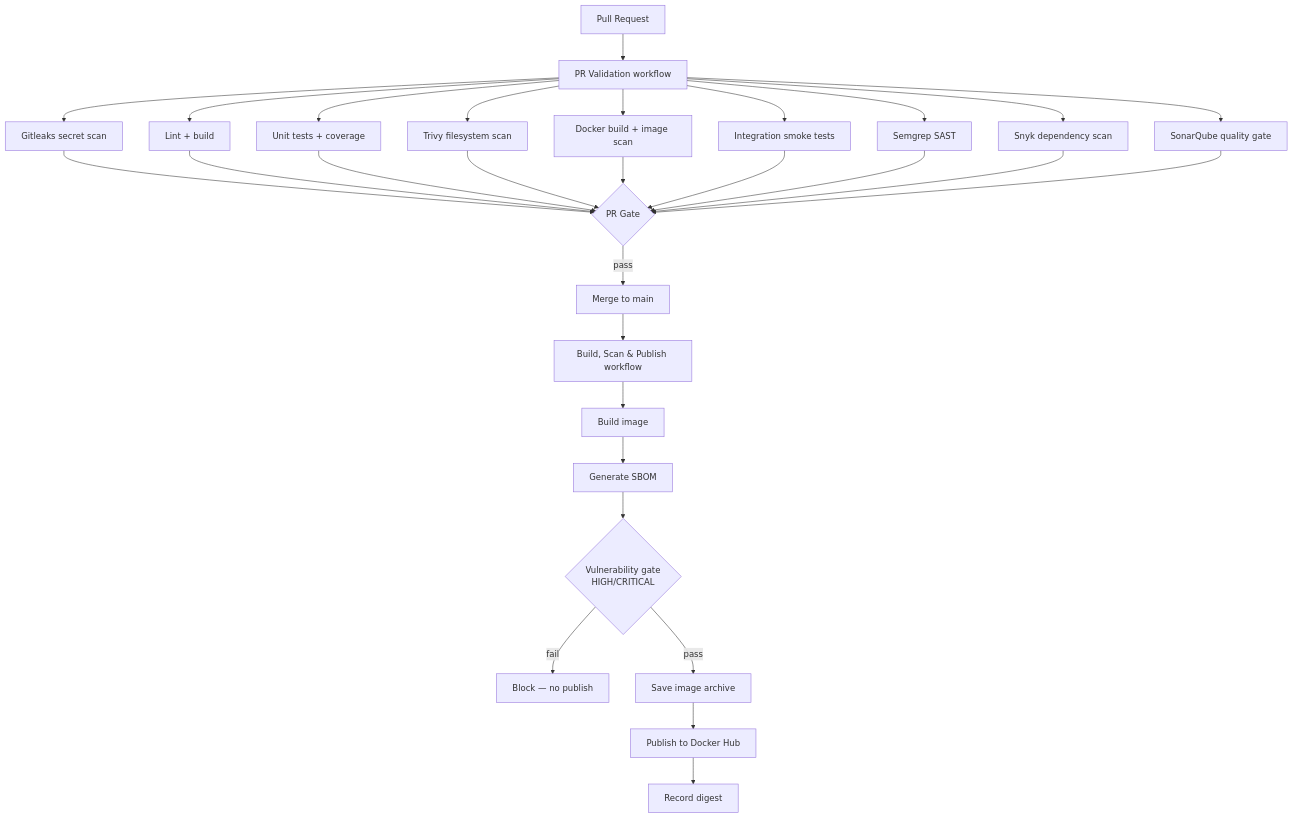
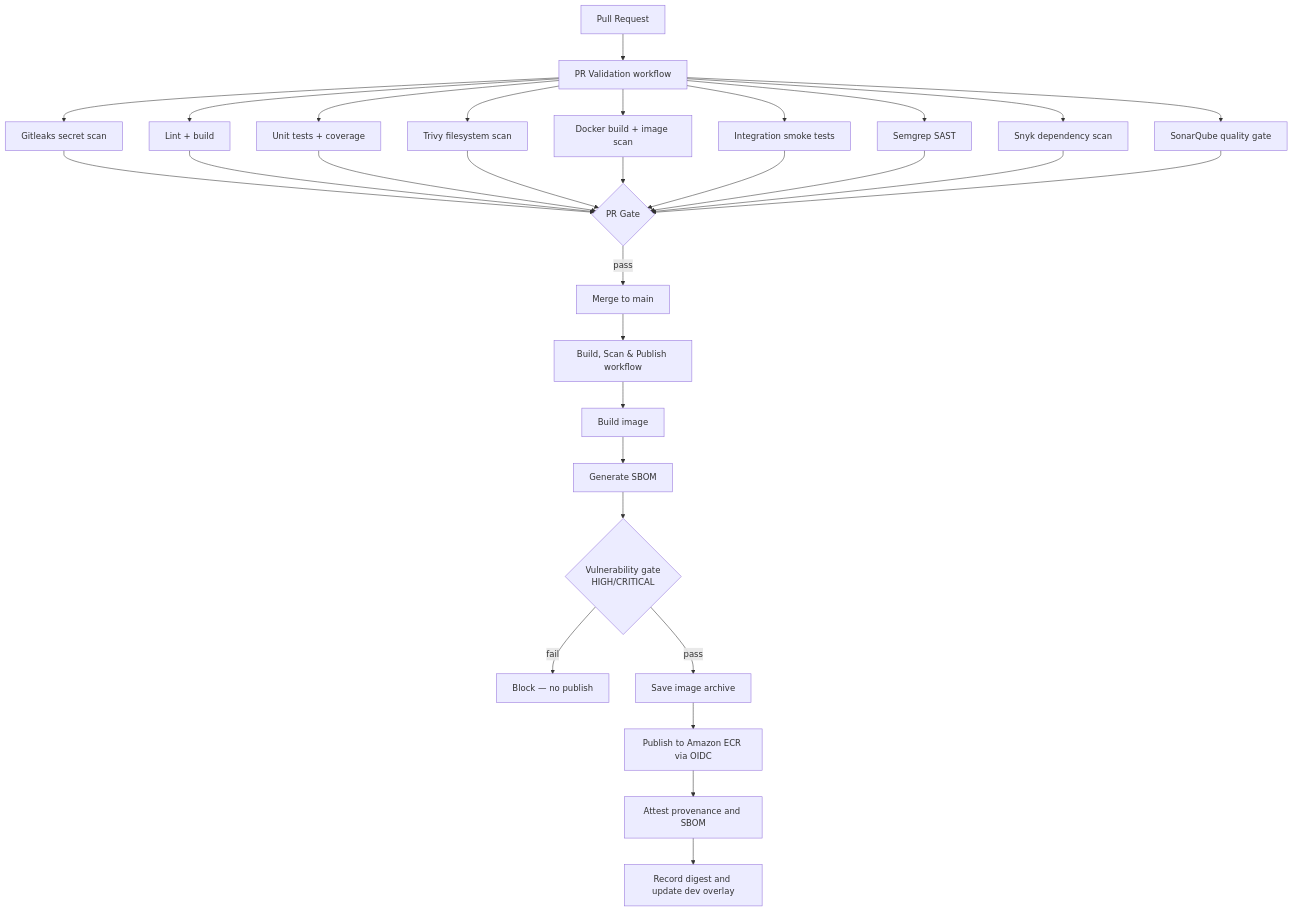
One commit to gitcliff/microservices-devops-stack changed the second of 2 diagrams in README.md. Above: the diagram before and after it, drawn with Mermaid. The commit also changed other lines of this file, not shown here.

First line of the commit message:
docs: update README for EKS, Argo CD, ECR and attestations

````diff
--- a/README.md
+++ b/README.md
@@ -23,23 +50,24 @@
 ```mermaid
 flowchart TD
     PR[Pull Request] --> PV[PR Validation workflow]
     PV --> GL[Gitleaks secret scan]
     PV --> LB[Lint + build]
     PV --> UT[Unit tests + coverage]
     PV --> FS[Trivy filesystem scan]
     PV --> DB[Docker build + image scan]
     PV --> IT[Integration smoke tests]
     PV --> SA[Semgrep SAST]
     PV --> DS[Snyk dependency scan]
     PV --> SQ[SonarQube quality gate]
     GL & LB & UT & FS & DB & IT & SA & DS & SQ --> GG{PR Gate}
     GG -->|pass| MG[Merge to main]
     MG --> BP[Build, Scan & Publish workflow]
     BP --> BSS[Build image]
     BSS --> SBOM[Generate SBOM]
     SBOM --> VG{Vulnerability gate\nHIGH/CRITICAL}
     VG -->|fail| BLOCK[Block — no publish]
     VG -->|pass| SAVE[Save image archive]
-    SAVE --> PUB[Publish to Docker Hub]
-    PUB --> DS2[Record digest]
+    SAVE --> PUB[Publish to Amazon ECR via OIDC]
+    PUB --> ATT[Attest provenance and SBOM]
+    ATT --> DS2[Record digest and update dev overlay]
 ```
````
